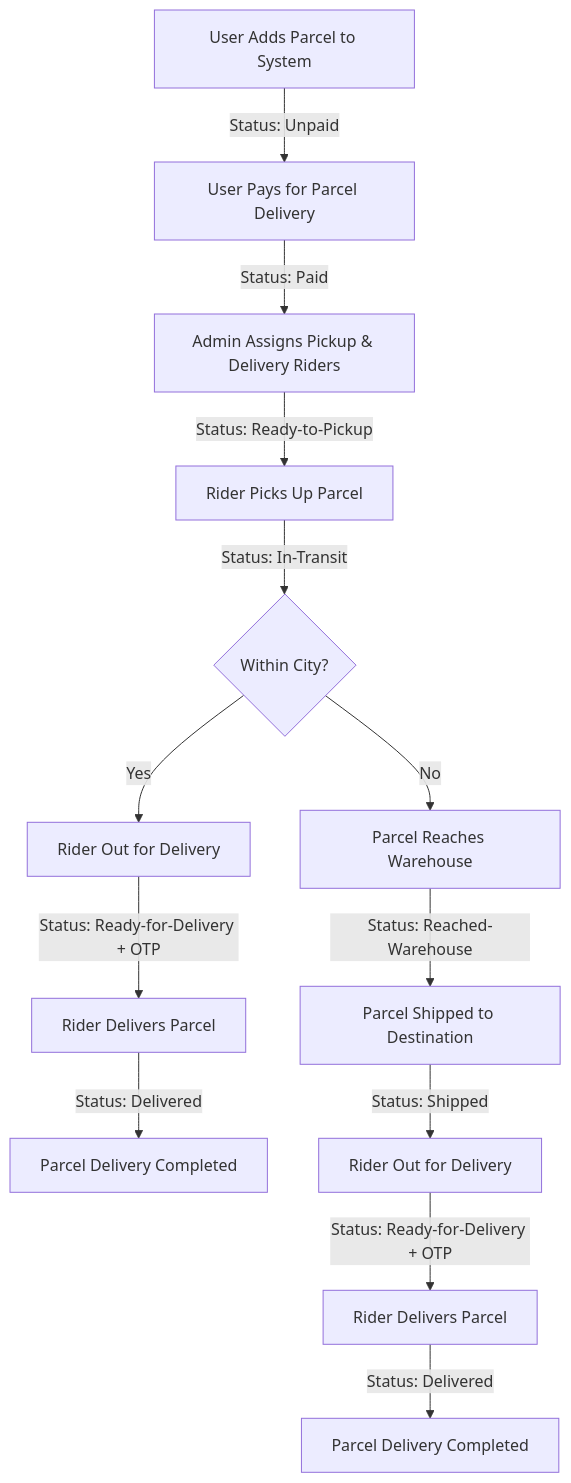
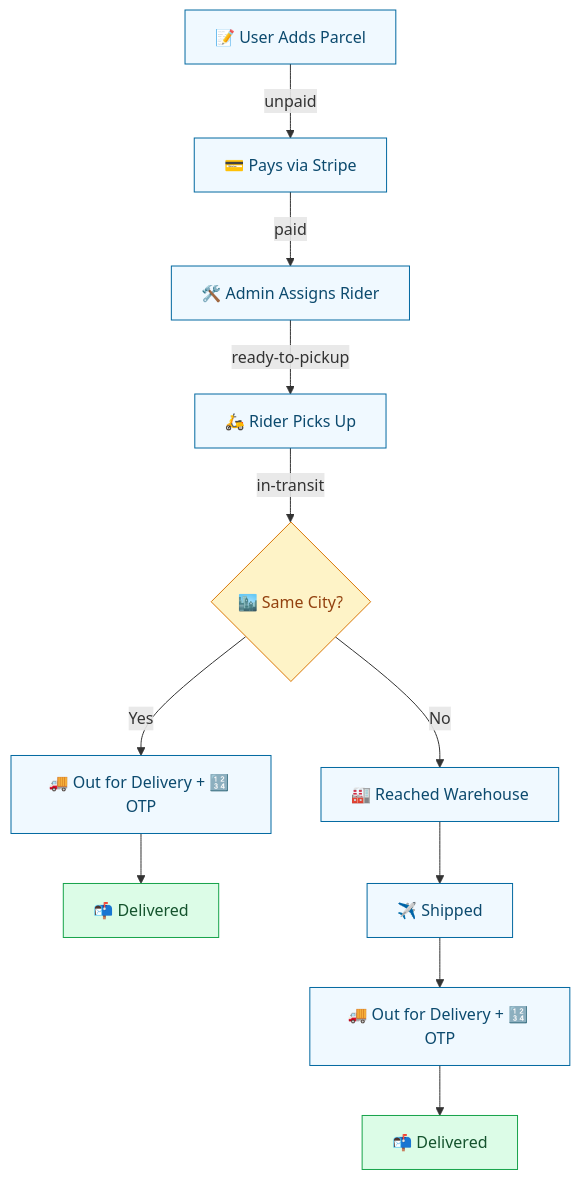
Before and after one commit to kaziashik/zap-shift: the second of 3 diagrams in README.md, drawn with Mermaid. The commit also changed other lines of this file and 55 other files, not shown here.

First line of the commit message:
feat: implement parcel, payment, review, rider, tracking, and user modules

````diff
--- a/README.md
+++ b/README.md
@@ -39,15 +96,21 @@
 ```mermaid
 flowchart TD
-    A[User Adds Parcel to System] -->|Status: Unpaid| B[User Pays for Parcel Delivery]
-    B -->|Status: Paid| C[Admin Assigns Pickup & Delivery Riders]
-    C -->|Status: Ready-to-Pickup| D[Rider Picks Up Parcel]
-    D -->|Status: In-Transit| E{Within City?}
-    E -- Yes --> F1[Rider Out for Delivery]
-    F1 -->|Status: Ready-for-Delivery + OTP| G1[Rider Delivers Parcel]
-    G1 -->|Status: Delivered| H1[Parcel Delivery Completed]
-    E -- No --> F2[Parcel Reaches Warehouse]
-    F2 -->|Status: Reached-Warehouse| G2[Parcel Shipped to Destination]
-    G2 -->|Status: Shipped| H2[Rider Out for Delivery]
-    H2 -->|Status: Ready-for-Delivery + OTP| I2[Rider Delivers Parcel]
-    I2 -->|Status: Delivered| J2[Parcel Delivery Completed]
+    A["📝 User Adds Parcel"] -->|unpaid| B["💳 Pays via Stripe"]
+    B -->|paid| C["🛠️ Admin Assigns Rider"]
+    C -->|ready-to-pickup| D["🛵 Rider Picks Up"]
+    D -->|in-transit| E{"🏙️ Same City?"}
+    E -- Yes --> F["🚚 Out for Delivery + 🔢 OTP"]
+    F --> G["📬 Delivered"]
+    E -- No --> H["🏭 Reached Warehouse"]
+    H --> I["✈️ Shipped"]
+    I --> J["🚚 Out for Delivery + 🔢 OTP"]
+    J --> K["📬 Delivered"]
+
+    classDef step fill:#f0f9ff,stroke:#0369a1,color:#0c4a6e
+    classDef decide fill:#fef3c7,stroke:#d97706,color:#92400e
+    classDef done fill:#dcfce7,stroke:#16a34a,color:#14532d
+
+    class A,B,C,D,F,H,I,J step
+    class E decide
+    class G,K done
 ```
````
